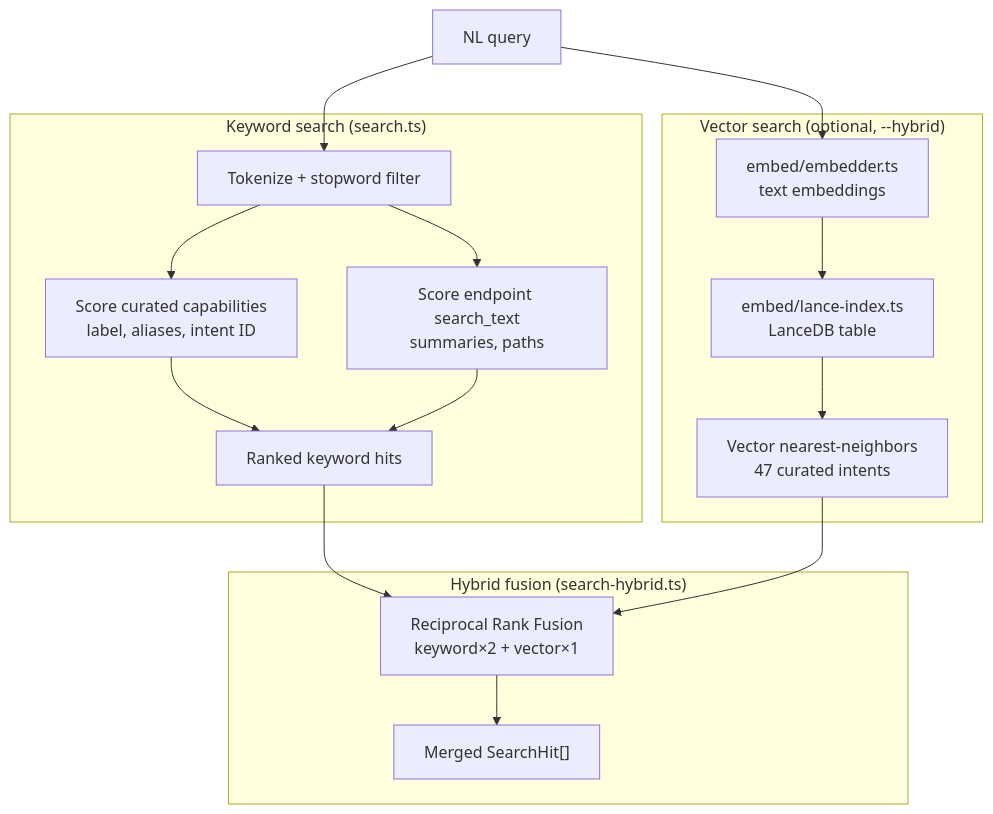
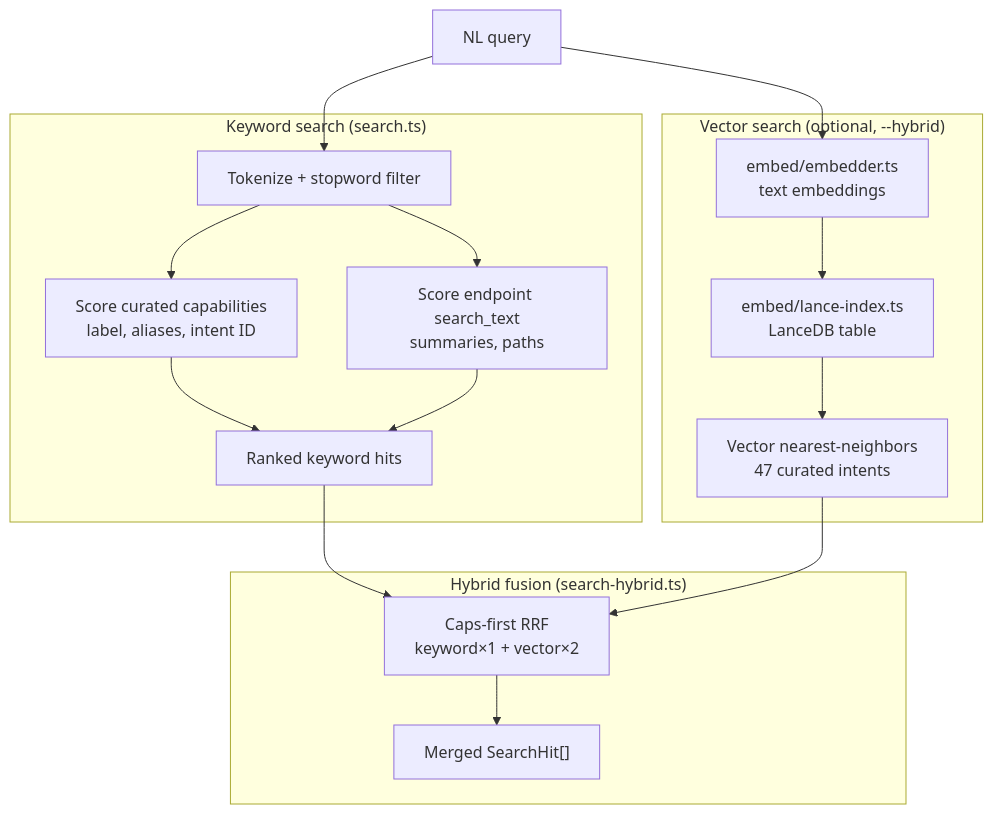
The third of 5 diagrams in ARCHITECTURE.md (Syntalic/OASIS), drawn with Mermaid before and after one commit. The commit also changed 3 other files, not shown here.

````diff
--- a/ARCHITECTURE.md
+++ b/ARCHITECTURE.md
@@ -131,32 +131,32 @@
 ```mermaid
 flowchart TB
   Q["NL query"]
 
   subgraph keyword["Keyword search (search.ts)"]
     TOK["Tokenize + stopword filter"]
     CAPS["Score curated capabilities<br/>label, aliases, intent ID"]
     EPS["Score endpoint search_text<br/>summaries, paths"]
     KW["Ranked keyword hits"]
   end
 
   subgraph vector["Vector search (optional, --hybrid)"]
     EMB["embed/embedder.ts<br/>text embeddings"]
     LANCE["embed/lance-index.ts<br/>LanceDB table"]
     VEC["Vector nearest-neighbors<br/>47 curated intents"]
   end
 
   subgraph fusion["Hybrid fusion (search-hybrid.ts)"]
-    RRF["Reciprocal Rank Fusion<br/>keyword×2 + vector×1"]
+    RRF["Caps-first RRF<br/>keyword×1 + vector×2"]
     OUT["Merged SearchHit[]"]
   end
 
   Q --> TOK
   TOK --> CAPS --> KW
   TOK --> EPS --> KW
 
   Q --> EMB --> LANCE --> VEC
 
   KW --> RRF
   VEC --> RRF
   RRF --> OUT
 ```
````
